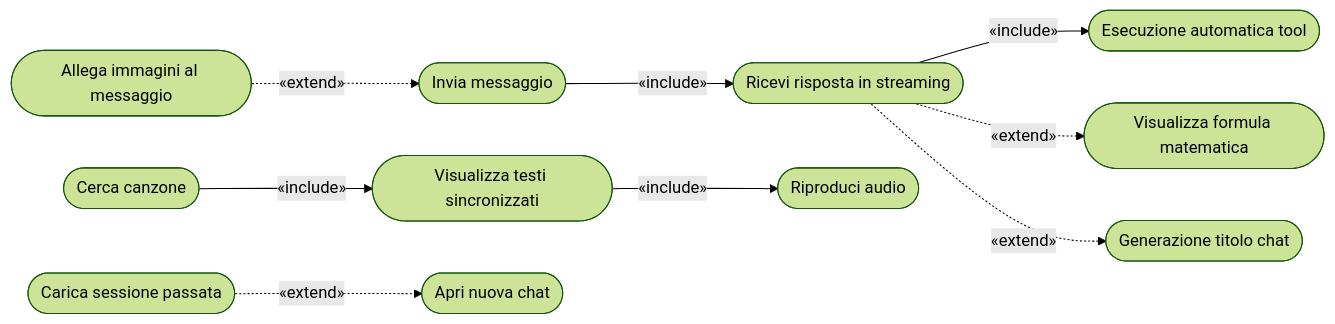
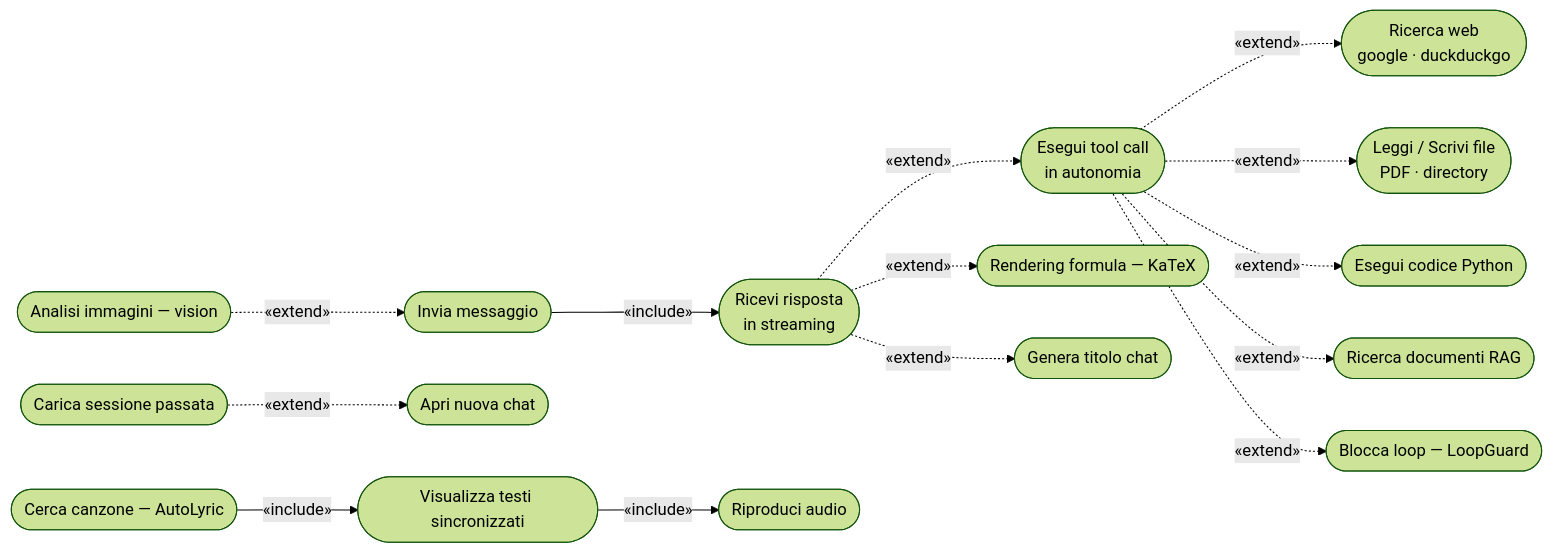
The second of 3 diagrams in REQUISITI_PROGETTO.md (AlbertoBruscoliniMain/RaxeusAI), drawn with Mermaid (forest theme) before and after one commit. The commit also changed other lines of this file, not shown here.

Commit message:
Requisiti: diagramma casi d'uso più dettagliato con tool dell'agente

````diff
--- a/REQUISITI_PROGETTO.md
+++ b/REQUISITI_PROGETTO.md
@@ -233,23 +231,33 @@
 ```mermaid
 graph LR
     IM(["Invia messaggio"])
-    RS(["Ricevi risposta in streaming"])
-    ET(["Esecuzione automatica tool"])
-    FM(["Visualizza formula matematica"])
-    GT(["Generazione titolo chat"])
-    AI(["Allega immagini al messaggio"])
-    CC(["Cerca canzone"])
+    RS(["Ricevi risposta\nin streaming"])
+    TC(["Esegui tool call\nin autonomia"])
+    WS(["Ricerca web\ngoogle · duckduckgo"])
+    FO(["Leggi / Scrivi file\nPDF · directory"])
+    PY(["Esegui codice Python"])
+    RG(["Ricerca documenti RAG"])
+    LG(["Blocca loop — LoopGuard"])
+    FM(["Rendering formula — KaTeX"])
+    GT(["Genera titolo chat"])
+    VI(["Analisi immagini — vision"])
+    SP(["Carica sessione passata"])
+    NC(["Apri nuova chat"])
+    AL(["Cerca canzone — AutoLyric"])
     VT(["Visualizza testi sincronizzati"])
     RA(["Riproduci audio"])
-    SP(["Carica sessione passata"])
-    NC(["Apri nuova chat"])
 
-    IM      -->|"«include»"| RS
-    RS      -->|"«include»"| ET
-    RS      -. "«extend»" .-> FM
-    RS      -. "«extend»" .-> GT
-    AI      -. "«extend»" .-> IM
-    SP      -. "«extend»" .-> NC
-    CC      -->|"«include»"| VT
-    VT      -->|"«include»"| RA
+    IM  -->|"«include»"| RS
+    RS  -. "«extend»" .-> TC
+    TC  -. "«extend»" .-> WS
+    TC  -. "«extend»" .-> FO
+    TC  -. "«extend»" .-> PY
+    TC  -. "«extend»" .-> RG
+    TC  -. "«extend»" .-> LG
+    RS  -. "«extend»" .-> FM
+    RS  -. "«extend»" .-> GT
+    VI  -. "«extend»" .-> IM
+    SP  -. "«extend»" .-> NC
+    AL  -->|"«include»"| VT
+    VT  -->|"«include»"| RA
 ```
````
